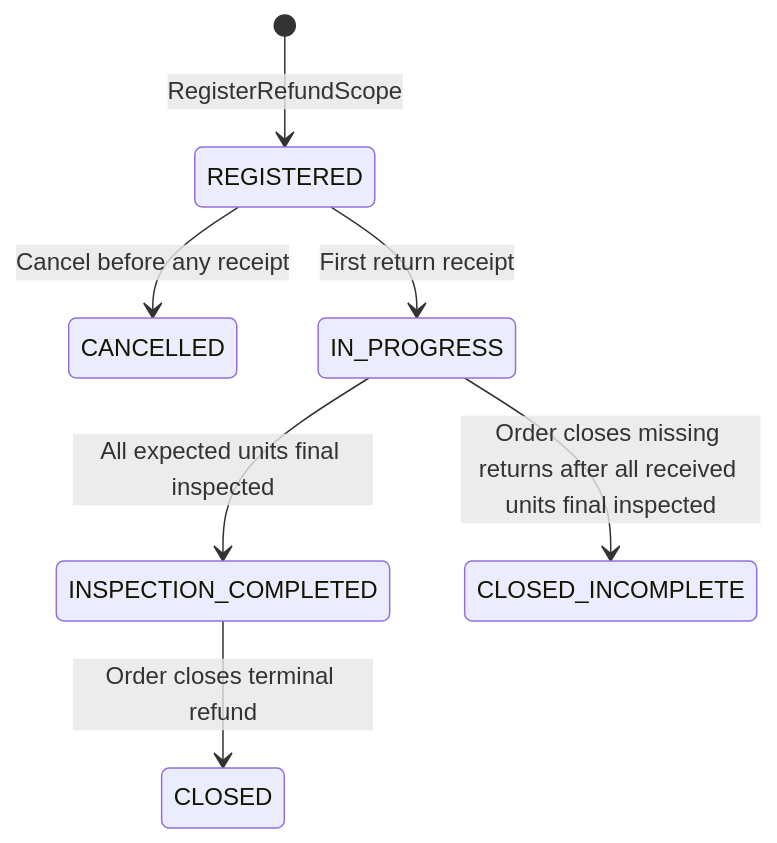
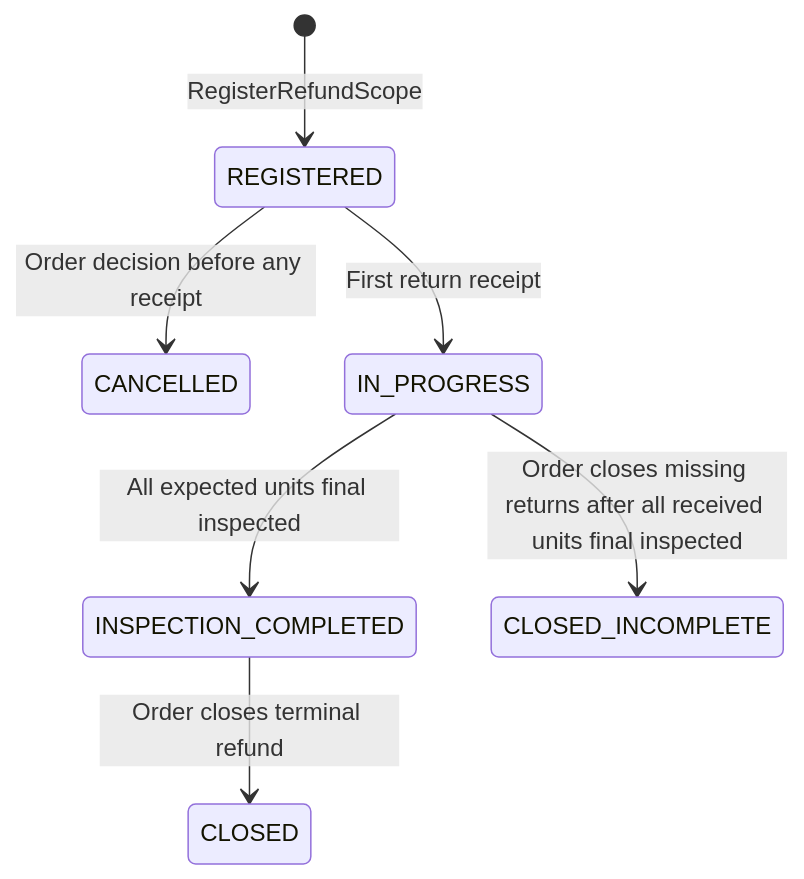
Before and after one commit to quangdung2110/e-commerce-microservices: the second of 2 diagrams in docs/inventory/domain.md, drawn with Mermaid. The commit also changed other lines of this file and 25 other files, not shown here.

````diff
--- a/docs/inventory/domain.md
+++ b/docs/inventory/domain.md
@@ -108,9 +108,9 @@
 ```mermaid
 stateDiagram-v2
   [*] --> REGISTERED: RegisterRefundScope
-  REGISTERED --> CANCELLED: Cancel before any receipt
+  REGISTERED --> CANCELLED: Order decision before any receipt
   REGISTERED --> IN_PROGRESS: First return receipt
   IN_PROGRESS --> INSPECTION_COMPLETED: All expected units final inspected
   INSPECTION_COMPLETED --> CLOSED: Order closes terminal refund
   IN_PROGRESS --> CLOSED_INCOMPLETE: Order closes missing returns after all received units final inspected
 ```
````
